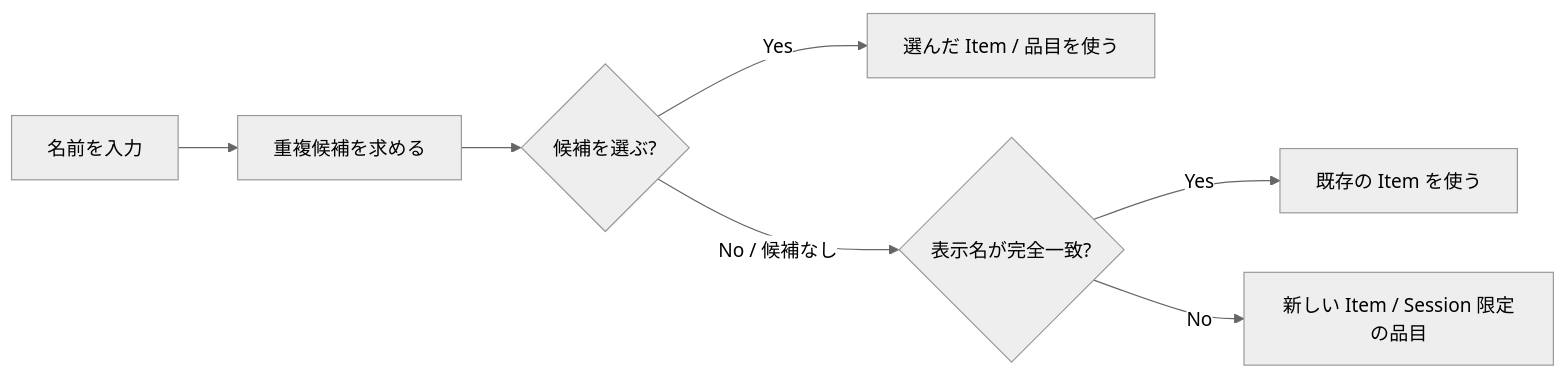
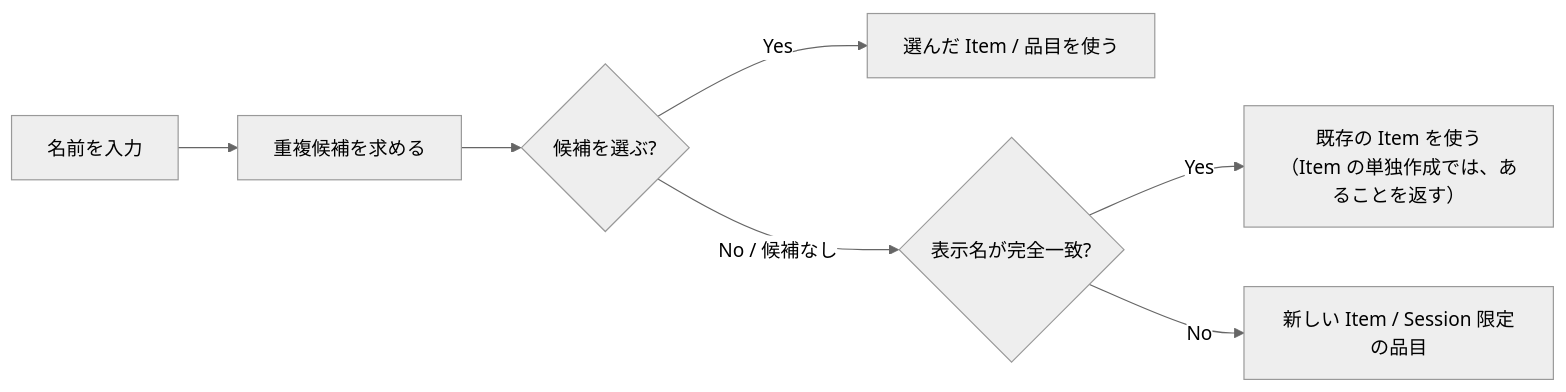
Before and after one commit to kyo1941/RecipeDeck: the third of 3 diagrams in docs/spec.md, drawn with Mermaid (neutral theme). The commit also changed other lines of this file, not shown here.

Commit message:
docs: 候補を選ばずに保存したときの完全一致の扱いを、Item の単独作成と分けて書く

````diff
--- a/docs/spec.md
+++ b/docs/spec.md
@@ -264,9 +264,9 @@
 ```mermaid
 flowchart LR
     A["名前を入力"] --> B["重複候補を求める"]
     B --> C{"候補を選ぶ?"}
     C -->|"Yes"| D["選んだ Item / 品目を使う"]
     C -->|"No / 候補なし"| E{"表示名が完全一致?"}
-    E -->|"Yes"| F["既存の Item を使う"]
+    E -->|"Yes"| F["既存の Item を使う<br>（Item の単独作成では、あることを返す）"]
     E -->|"No"| G["新しい Item / Session 限定の品目"]
 ```
````
